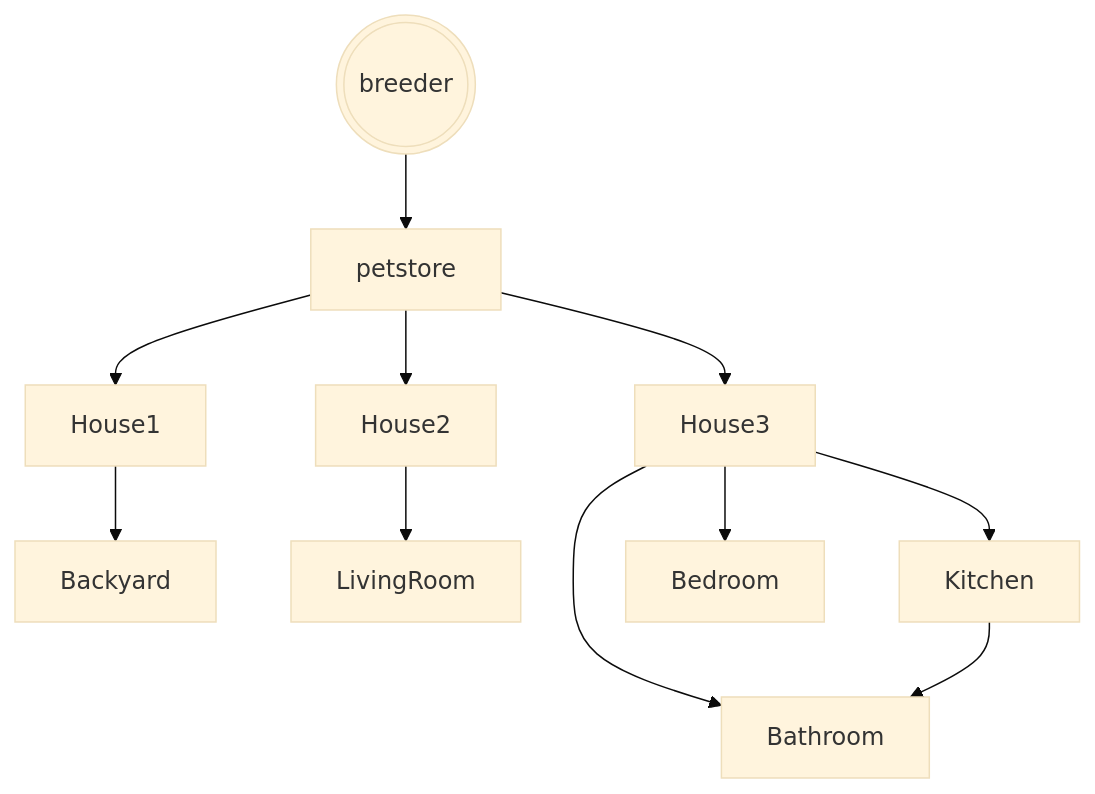
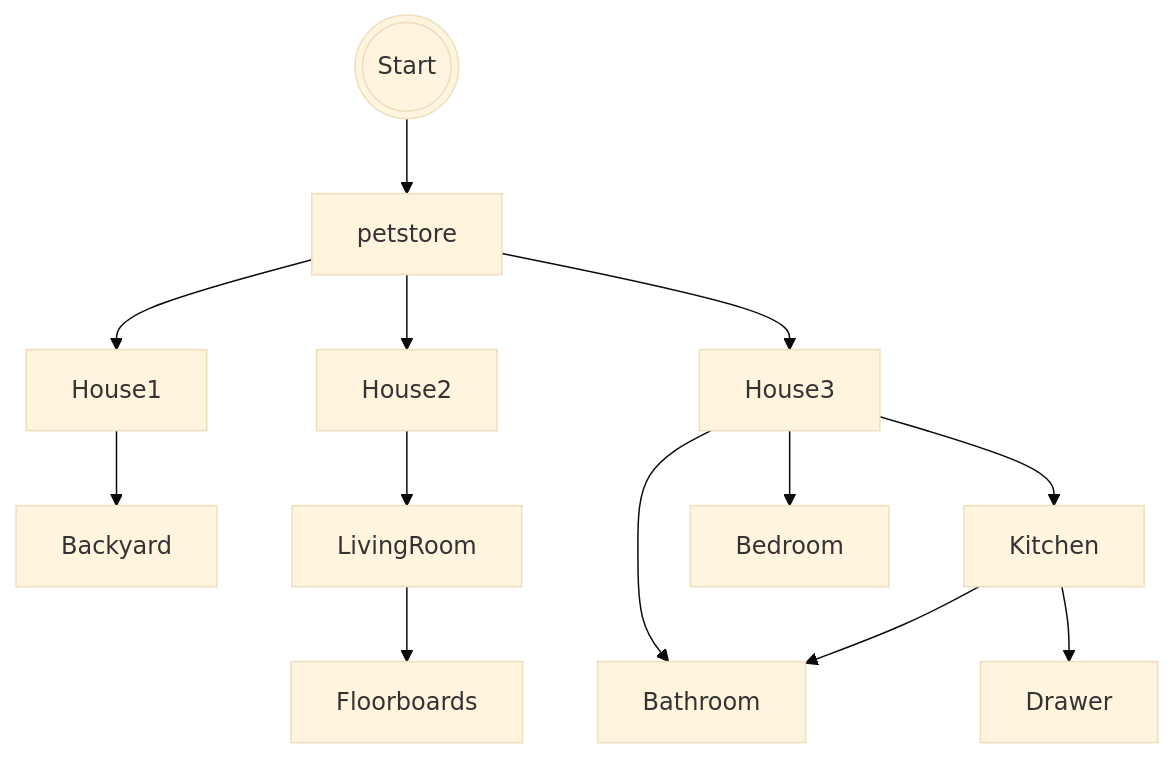
The diagram in projects/game/README.md (alice-c44/alice-c44.github.io), drawn with Mermaid (base theme) before and after one commit. The commit also changed other lines of this file, not shown here.

````diff
--- a/projects/game/README.md
+++ b/projects/game/README.md
@@ -9,13 +9,15 @@
 ```mermaid
 graph TD;
-    breeder(((breeder)))-->petstore;
+    Start(((Start)))-->petstore;
     petstore-->House1;
     House1-->Backyard;
     petstore-->House2;
     House2-->LivingRoom;
+    LivingRoom-->Floorboards
     petstore-->House3;
     House3-->Kitchen;
     House3-->Bedroom;
     House3-->Bathroom;
     Kitchen-->Bathroom;
+    Kitchen-->Drawer
 ```
````
